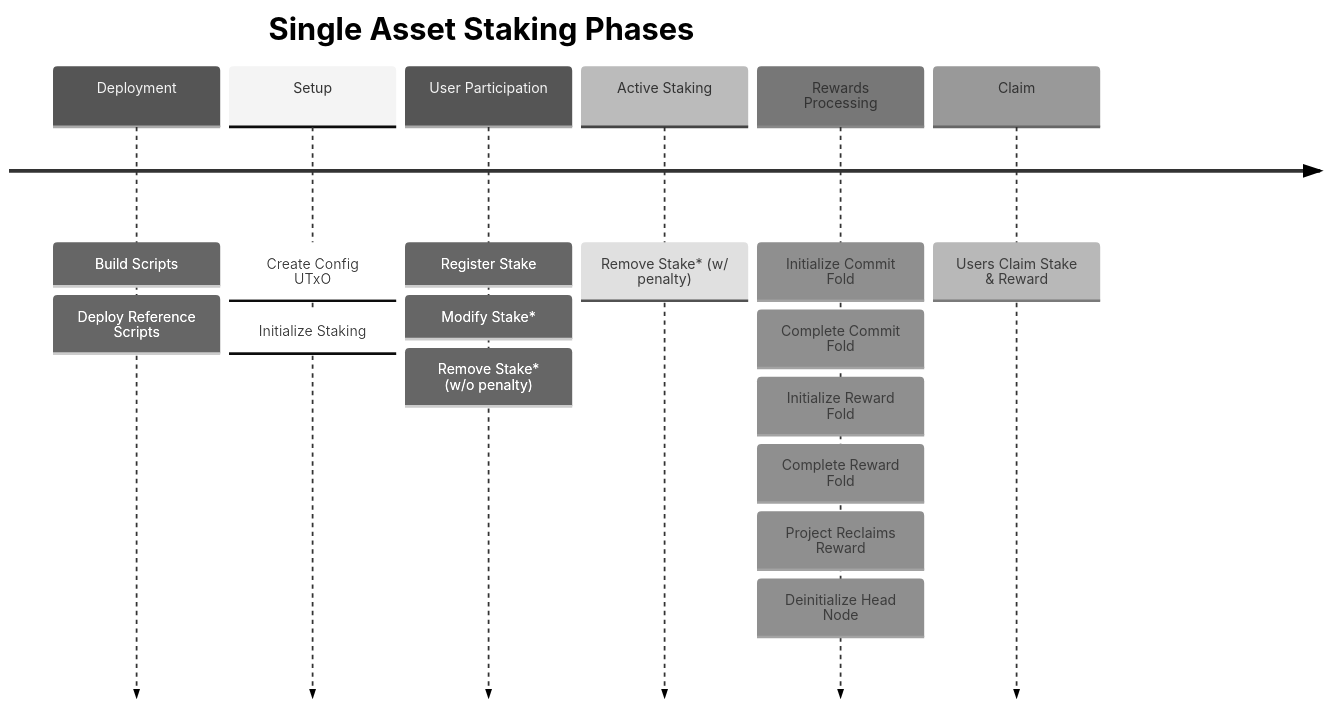
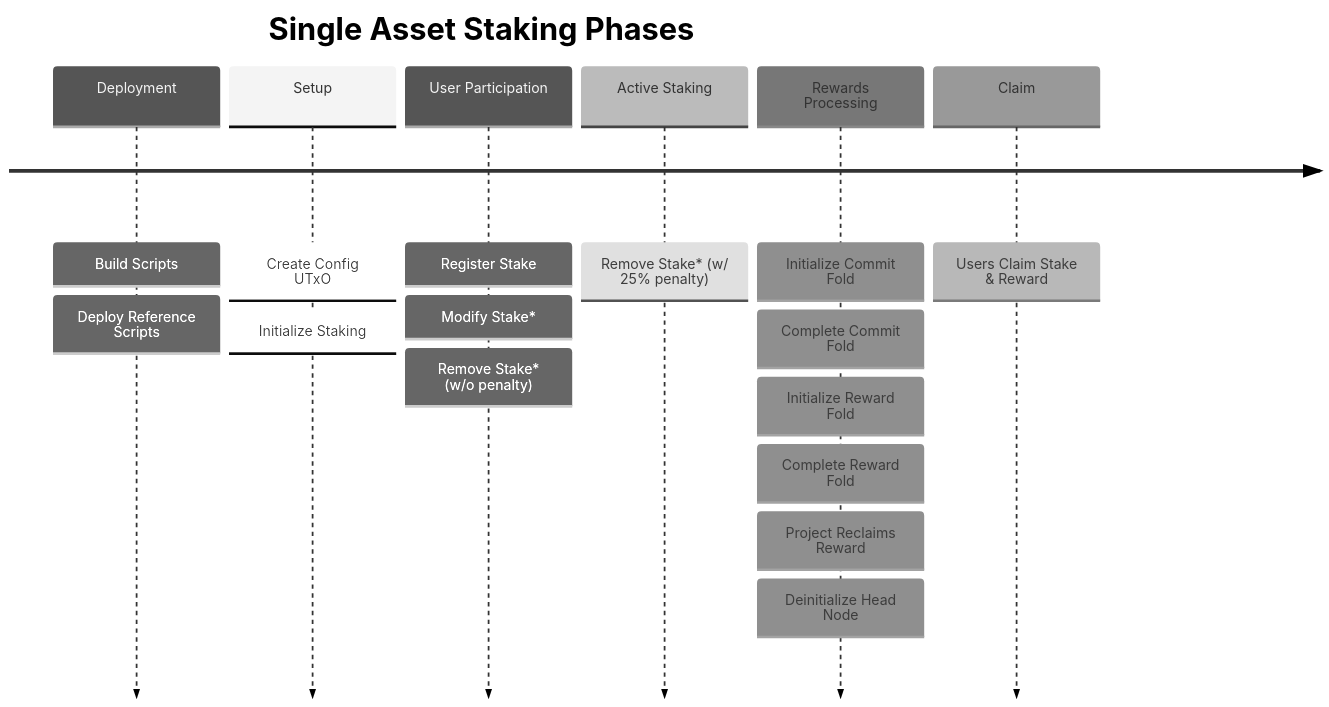
One commit to Anastasia-Labs/single-asset-staking-offchain changed the first of 8 diagrams in README.md. Above: the diagram before and after it, drawn with Mermaid (neutral theme). The commit also changed other lines of this file, not shown here.

````diff
--- a/README.md
+++ b/README.md
@@ -55,26 +55,26 @@
 ```mermaid
 timeline
 
     title Single Asset Staking Phases
 
     Deployment : Build Scripts
                : Deploy Reference Scripts
 
     Setup : Create Config UTxO
           : Initialize Staking
 
     User Participation : Register Stake
                        : Modify Stake*
                        : Remove Stake* (w/o penalty)
 
-    Active Staking : Remove Stake* (w/ penalty)
+    Active Staking : Remove Stake* (w/ 25% penalty)
 
     Rewards Processing : Initialize Commit Fold
                        : Complete Commit Fold
                        : Initialize Reward Fold
                        : Complete Reward Fold
                        : Project Reclaims Reward
                        : Deinitialize Head Node
 
     Claim : Users Claim Stake & Reward
 ```
````
